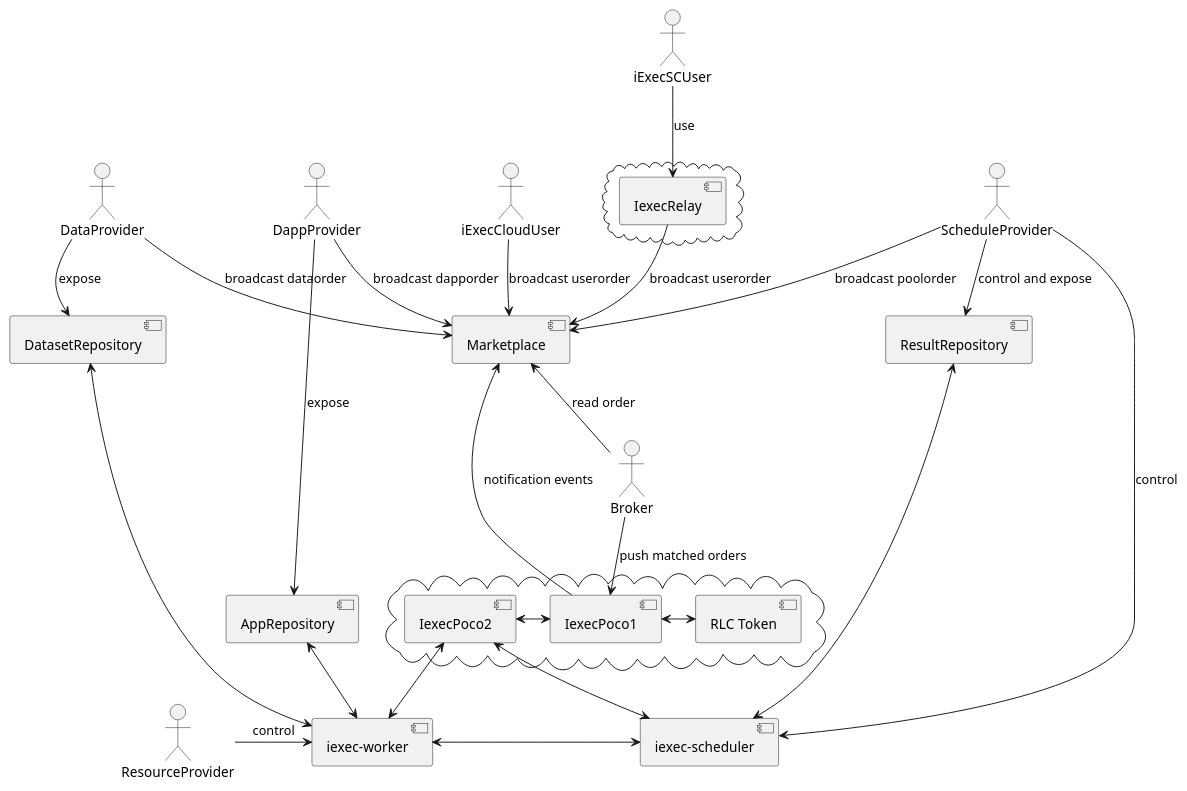
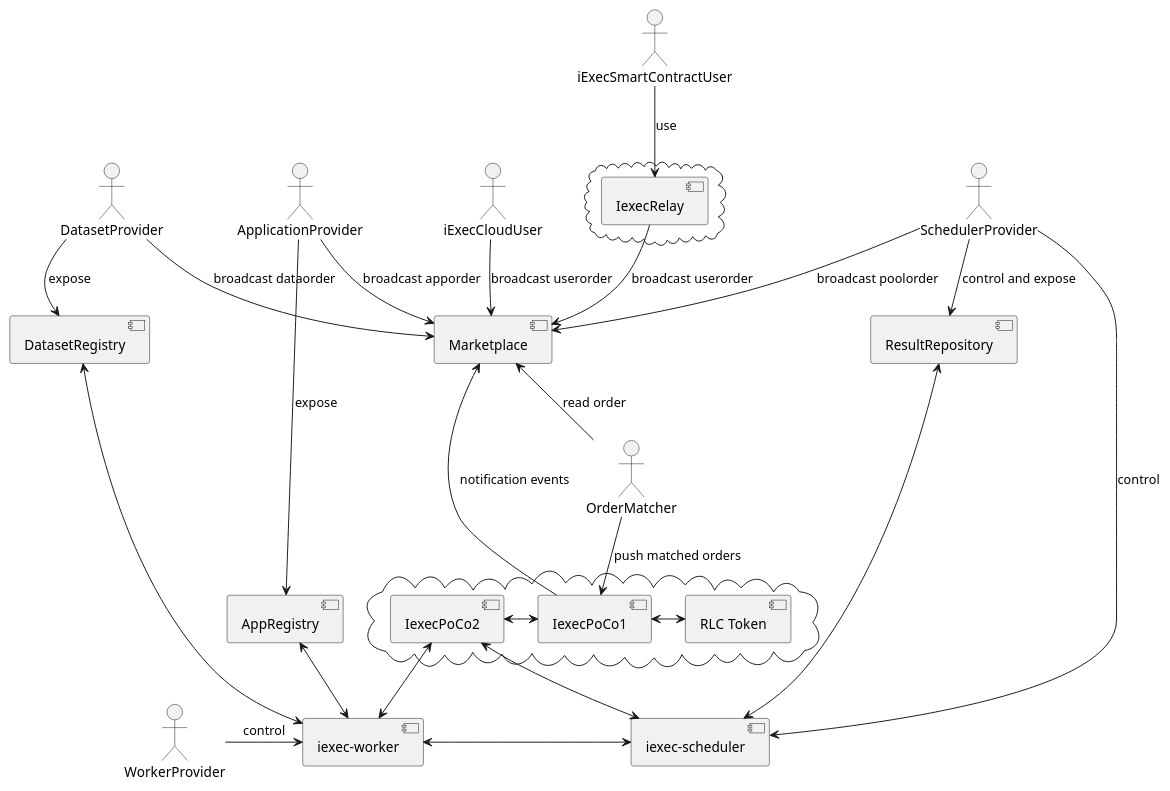
One commit to iExecBlockchainComputing/PoCo changed the diagram in uml/architecture-ODB.puml. Above: the diagram before and after it, drawn with PlantUML. The commit also changed 1 other file, not shown here.

```diff
--- a/uml/architecture-ODB.puml
+++ b/uml/architecture-ODB.puml
@@ -1,64 +1,58 @@
 @startuml
 :iExecCloudUser:
-:iExecSCUser:
-:DappProvider:
-:DataProvider:
-:ScheduleProvider:
-:ResourceProvider:
-:Broker:
+:iExecSmartContractUser:
+:ApplicationProvider:
+:DatasetProvider:
+:SchedulerProvider:
+:WorkerProvider:
+:OrderMatcher:
 
 cloud {
-  [IexecRelay]
+[IexecRelay]
 }
 component [IexecRelay]
-iExecSCUser -down-> [IexecRelay]: use
+iExecSmartContractUser -down-> [IexecRelay]: use
 
 component [Marketplace]
 [IexecRelay] -down-> [Marketplace]: broadcast userorder
 iExecCloudUser -down-> [Marketplace]: broadcast userorder
-DappProvider -down-> [Marketplace]: broadcast dapporder
-DataProvider -down-> [Marketplace]: broadcast dataorder
-ScheduleProvider -down-> [Marketplace]: broadcast poolorder
-Broker -up-> [Marketplace]: read order
+ApplicationProvider -down-> [Marketplace]: broadcast apporder
+DatasetProvider -down-> [Marketplace]: broadcast dataorder
+SchedulerProvider -down-> [Marketplace]: broadcast poolorder
+OrderMatcher -up-> [Marketplace]: read order
 
 cloud {
-  [IexecPoco1]
-  [IexecPoco2]
-  [RLC Token]
+[IexecPoCo1]
+[IexecPoCo2]
+[RLC Token]
 }
-component [IexecPoco1]
-component [IexecPoco2]
+component [IexecPoCo1]
+component [IexecPoCo2]
 component [RLC Token]
-[IexecPoco2] <-right-> [IexecPoco1]
-[IexecPoco1] <-right-> [RLC Token]
+[IexecPoCo2] <-right-> [IexecPoCo1]
+[IexecPoCo1] <-right-> [RLC Token]
 
-Broker -down-> [IexecPoco1]: push matched orders
-[IexecPoco1] -up-> [Marketplace]: notification events
+OrderMatcher -down-> [IexecPoCo1]: push matched orders
+[IexecPoCo1] -up-> [Marketplace]: notification events
 
-[iexec-scheduler] <-up-> [IexecPoco2]
-[iexec-worker] <-up-> [IexecPoco2]
+[iexec-scheduler] <-up-> [IexecPoCo2]
+[iexec-worker] <-up-> [IexecPoCo2]
 
-
-
-
-
-component [AppRepository]
-component [DatasetRepository]
+component [AppRegistry]
+component [DatasetRegistry]
 component [iexec-scheduler]
 component [iexec-worker]
 component [ResultRepository]
 
-DappProvider -down-> AppRepository: expose
-DataProvider -down-> DatasetRepository: expose
-ScheduleProvider -down-> [iexec-scheduler]: control
-ScheduleProvider -down-> [ResultRepository]: control and expose
+ApplicationProvider -down-> AppRegistry: expose
+DatasetProvider -down-> DatasetRegistry: expose
+SchedulerProvider -down-> [iexec-scheduler]: control
+SchedulerProvider -down-> [ResultRepository]: control and expose
 ResultRepository <-right-> [iexec-scheduler]
 
-
-
-[ResourceProvider] -right-> [iexec-worker]: control
+[WorkerProvider] -right-> [iexec-worker]: control
 
 [iexec-worker] <-right-> [iexec-scheduler]
-[iexec-worker] <-up-> [AppRepository]
-[iexec-worker] <-up-> [DatasetRepository]
+[iexec-worker] <-up-> [AppRegistry]
+[iexec-worker] <-up-> [DatasetRegistry]
 @enduml
```
